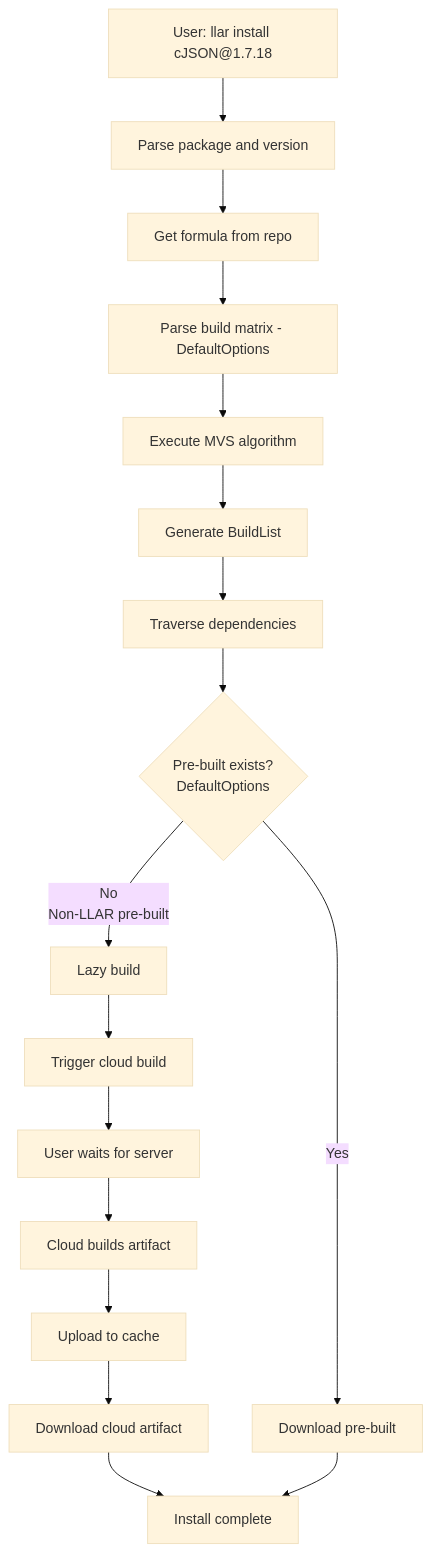
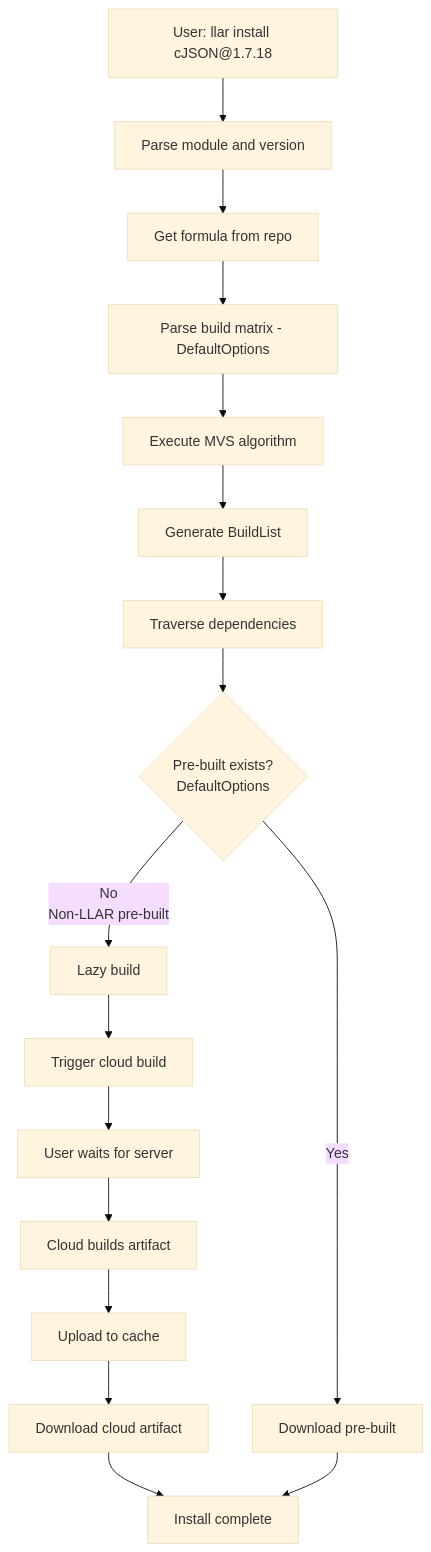
One commit to goplus/llar changed the seventh of 9 diagrams in doc/design.md. Above: the diagram before and after it, drawn with Mermaid (base theme). The commit also changed other lines of this file, not shown here.

````diff
--- a/doc/design.md
+++ b/doc/design.md
@@ -403,23 +358,23 @@
 ```mermaid
 graph TB
-    A[User: llar install cJSON@1.7.18] --> B[Parse package and version]
+    A[User: llar install cJSON@1.7.18] --> B[Parse module and version]
     B --> C[Get formula from repo]
     C --> D[Parse build matrix - DefaultOptions]
     D --> E[Execute MVS algorithm]
 
     E --> F[Generate BuildList]
     F --> G[Traverse dependencies]
 
     G --> H{Pre-built exists?<br/>DefaultOptions}
     H -->|Yes| I[Download pre-built]
     H -->|No<br/>Non-LLAR pre-built| J[Lazy build]
 
     J --> K[Trigger cloud build]
     K --> L[User waits for server]
     L --> M[Cloud builds artifact]
     M --> N[Upload to cache]
     N --> O[Download cloud artifact]
 
     O --> P[Install complete]
     I --> P
 ```
````
